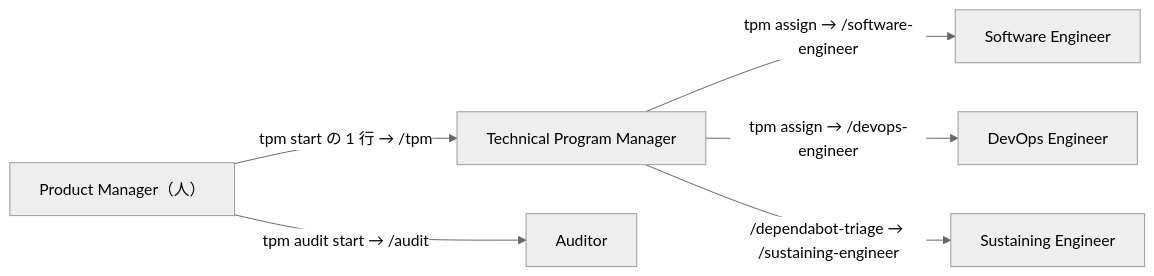
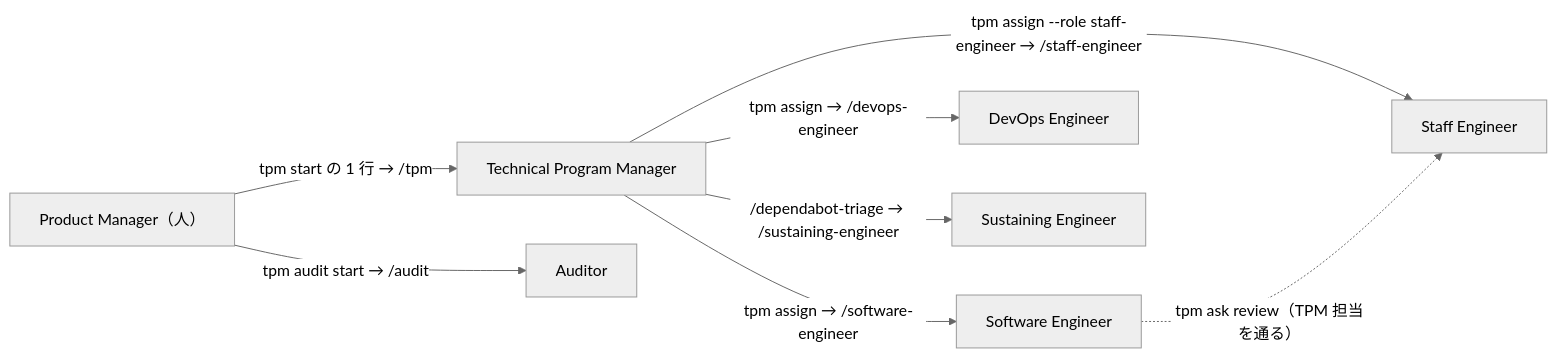
Before and after one commit to uraitakahito/roster: the diagram in docs-site/src/content/docs/index.md, drawn with Mermaid (neutral theme). The commit also changed other lines of this file and 6 other files, not shown here.

First line of the commit message:
docs: Staff Engineer 担当（レビューの席）を docs に。担当の図・skill の表・設定の既定・運用の「レビュー」・決まりの「Staff Engineer 担当の席」（命令・名簿の Key・守り・castlist のラベル）・開発の「担当の種類を足す」（AI-33）

````diff
--- a/docs-site/src/content/docs/index.md
+++ b/docs-site/src/content/docs/index.md
@@ -12,8 +12,10 @@
 ```mermaid
 flowchart LR
   PM["Product Manager（人）"] -->|"tpm start の 1 行 → /tpm"| TPM["Technical Program Manager"]
   TPM -->|"tpm assign → /software-engineer"| SE["Software Engineer"]
   TPM -->|"tpm assign → /devops-engineer"| DE["DevOps Engineer"]
+  TPM -->|"tpm assign --role staff-engineer → /staff-engineer"| ST["Staff Engineer"]
+  SE -.->|"tpm ask review（TPM 担当を通る）"| ST
   TPM -->|"/dependabot-triage → /sustaining-engineer"| SU["Sustaining Engineer"]
   PM -->|"tpm audit start → /audit"| AU["Auditor"]
 ```
````
